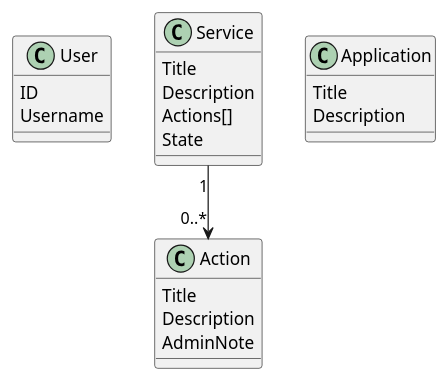
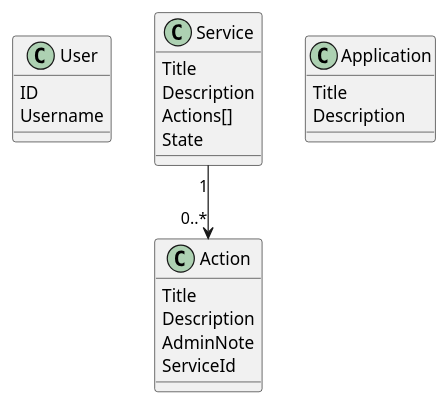
One commit to it-minds/itm_mindster-service_web changed the diagram in webService.md. Above: the diagram before and after it, drawn with PlantUML. The commit also changed 6 other files, not shown here.

````diff
--- a/webService.md
+++ b/webService.md
@@ -4,33 +4,34 @@
 ```plantuml
 class User
 {
   ID
   Username
 }
 
 class Service
 {
   Title
   Description
   Actions[]
   State
 }
 
 class Action
 {
   Title
   Description
   AdminNote
+  ServiceId
 }
 
 class Application
 {
   Title
   Description
 }
 
 
 Service "1"-->"0..*" Action
 
 
 ```
````
